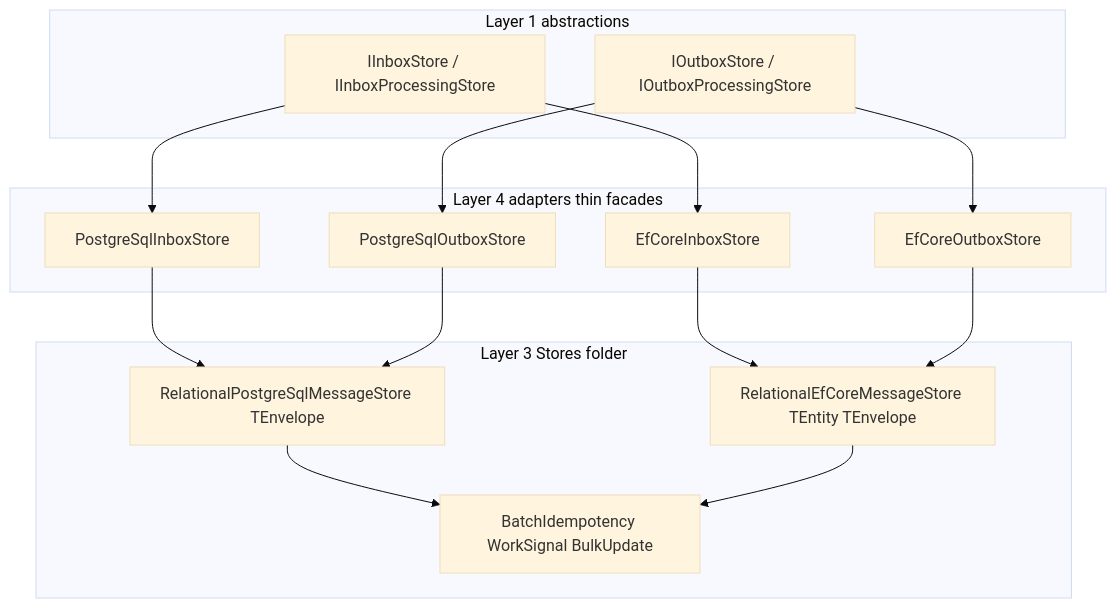
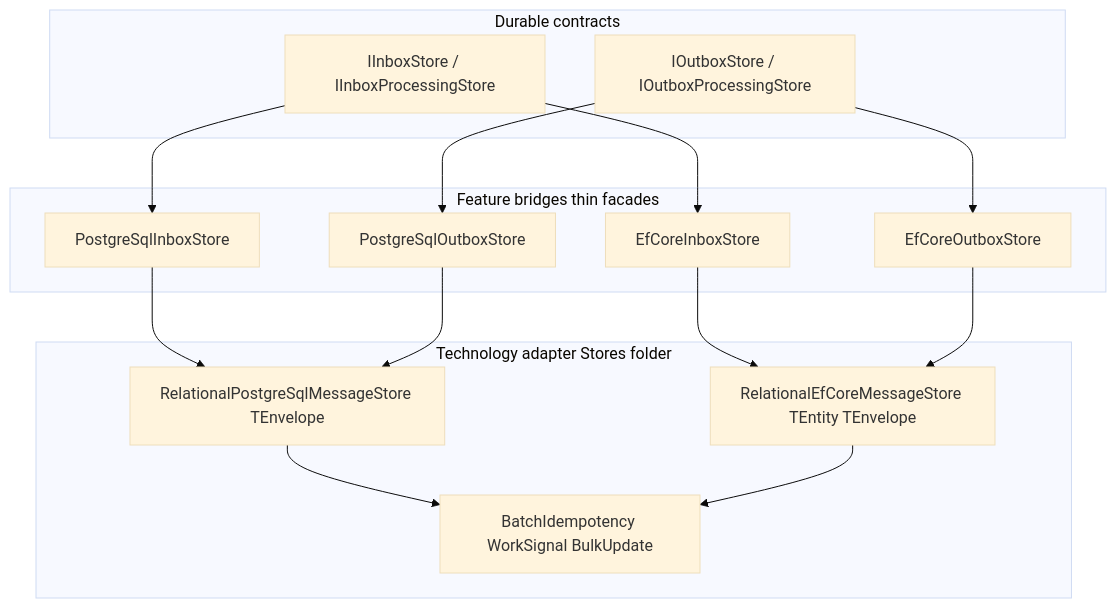
One commit to litenova/LiteBus changed the diagram in docs/roadmap/storage-deduplication.md. Above: the diagram before and after it, drawn with Mermaid (base theme). The commit also changed other lines of this file and 109 other files, not shown here.

````diff
--- a/docs/roadmap/storage-deduplication.md
+++ b/docs/roadmap/storage-deduplication.md
@@ -66,31 +66,31 @@
 ```mermaid
 flowchart TB
-  subgraph abstractions [Layer 1 abstractions]
+  subgraph abstractions [Durable contracts]
     IInboxStore[IInboxStore / IInboxProcessingStore]
     IOutboxStore[IOutboxStore / IOutboxProcessingStore]
   end
 
-  subgraph adapters [Layer 4 adapters thin facades]
+  subgraph adapters [Feature bridges thin facades]
     PgInbox[PostgreSqlInboxStore]
     PgOutbox[PostgreSqlOutboxStore]
     EfInbox[EfCoreInboxStore]
     EfOutbox[EfCoreOutboxStore]
   end
 
-  subgraph shared [Layer 3 Stores folder]
+  subgraph shared [Technology adapter Stores folder]
     PgCore[RelationalPostgreSqlMessageStore TEnvelope]
     EfCore[RelationalEfCoreMessageStore TEntity TEnvelope]
     Helpers[BatchIdempotency WorkSignal BulkUpdate]
   end
 
   IInboxStore --> PgInbox
   IOutboxStore --> PgOutbox
   IInboxStore --> EfInbox
   IOutboxStore --> EfOutbox
   PgInbox --> PgCore
   PgOutbox --> PgCore
   EfInbox --> EfCore
   EfOutbox --> EfCore
   PgCore --> Helpers
   EfCore --> Helpers
 ```
````
